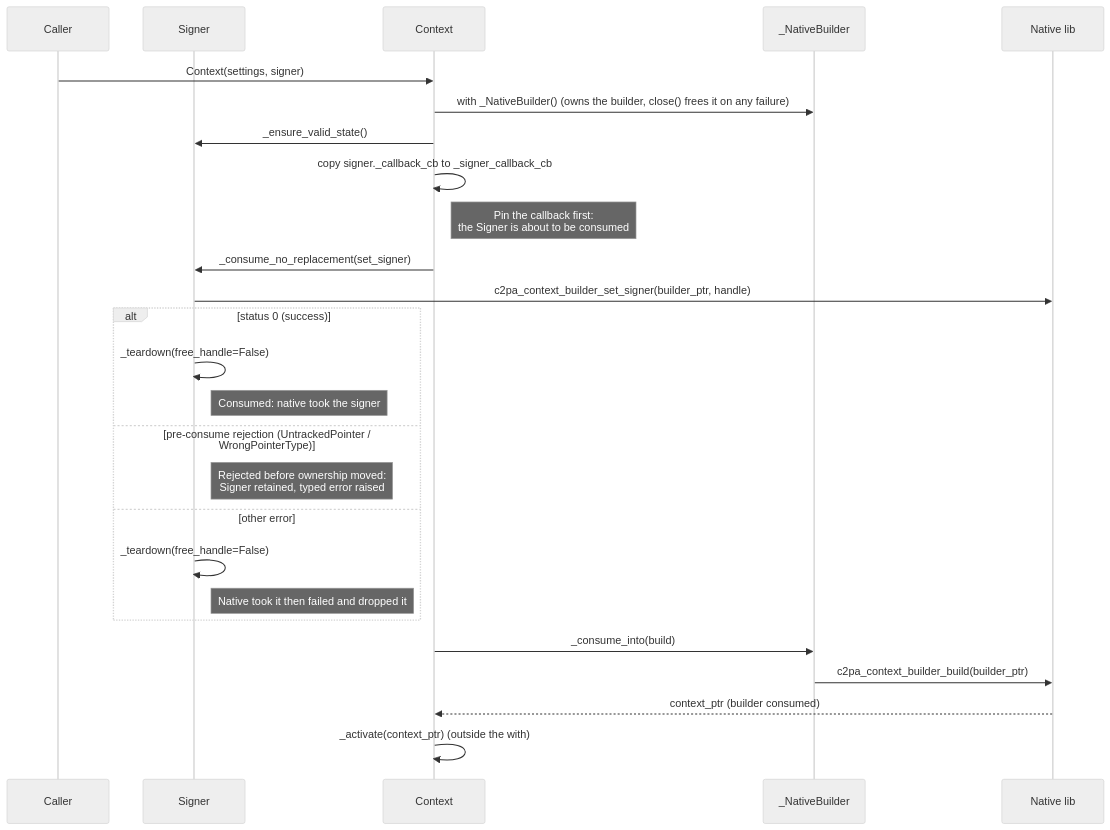
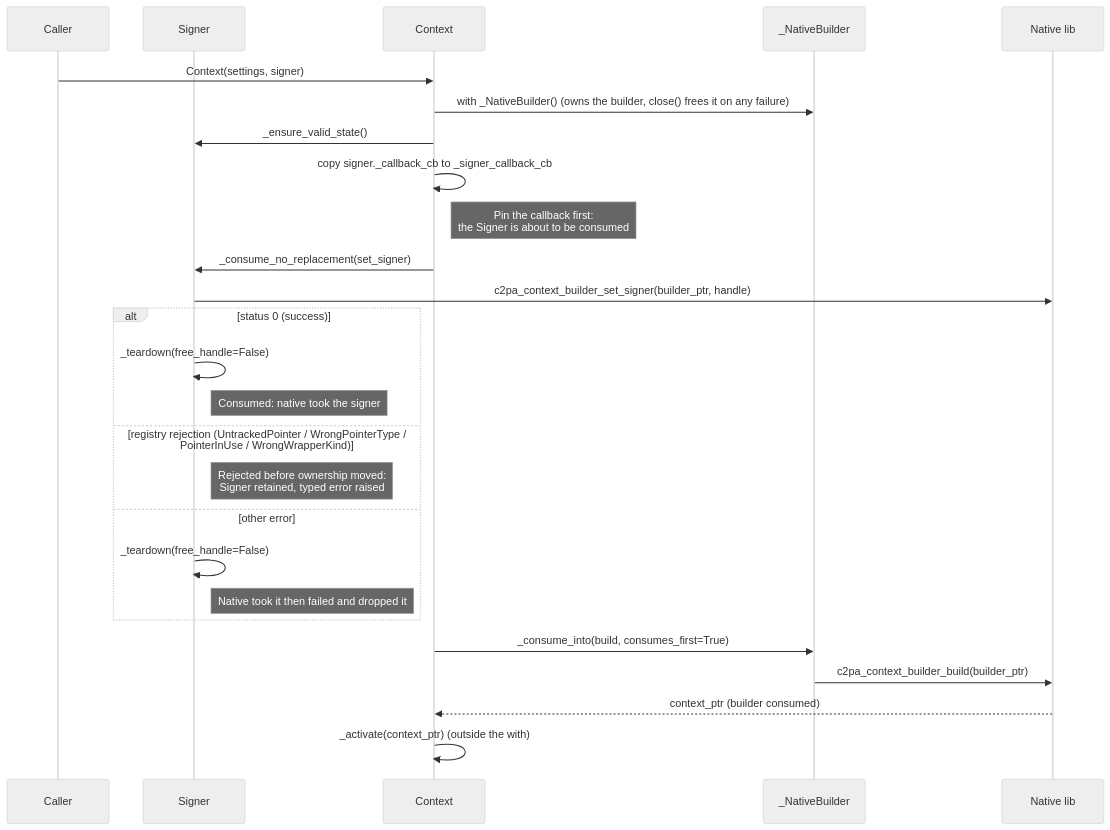
One commit to castlabs/c2pa-python changed the sixth of 8 diagrams in docs/native-resources-management.md. Above: the diagram before and after it, drawn with Mermaid (neutral theme). The commit also changed other lines of this file and 3 other files, not shown here.

Commit message:
fix: preserve native ownership across consume-first failures

````diff
--- a/docs/native-resources-management.md
+++ b/docs/native-resources-management.md
@@ -336,31 +336,31 @@
 ```mermaid
 sequenceDiagram
     participant C as Caller
     participant S as Signer
     participant X as Context
     participant B as _NativeBuilder
     participant N as Native lib
 
     C->>X: Context(settings, signer)
     X->>B: with _NativeBuilder() (owns the builder, close() frees it on any failure)
     X->>S: _ensure_valid_state()
     X->>X: copy signer._callback_cb to _signer_callback_cb
     Note right of X: Pin the callback first:<br/>the Signer is about to be consumed
     X->>S: _consume_no_replacement(set_signer)
     S->>N: c2pa_context_builder_set_signer(builder_ptr, handle)
 
     alt status 0 (success)
         S->>S: _teardown(free_handle=False)
         Note right of S: Consumed: native took the signer
-    else pre-consume rejection (UntrackedPointer / WrongPointerType)
+    else registry rejection (UntrackedPointer / WrongPointerType / PointerInUse / WrongWrapperKind)
         Note right of S: Rejected before ownership moved:<br/>Signer retained, typed error raised
     else other error
         S->>S: _teardown(free_handle=False)
         Note right of S: Native took it then failed and dropped it
     end
 
-    X->>B: _consume_into(build)
+    X->>B: _consume_into(build, consumes_first=True)
     B->>N: c2pa_context_builder_build(builder_ptr)
     N-->>X: context_ptr (builder consumed)
     X->>X: _activate(context_ptr) (outside the with)
 ```
````
